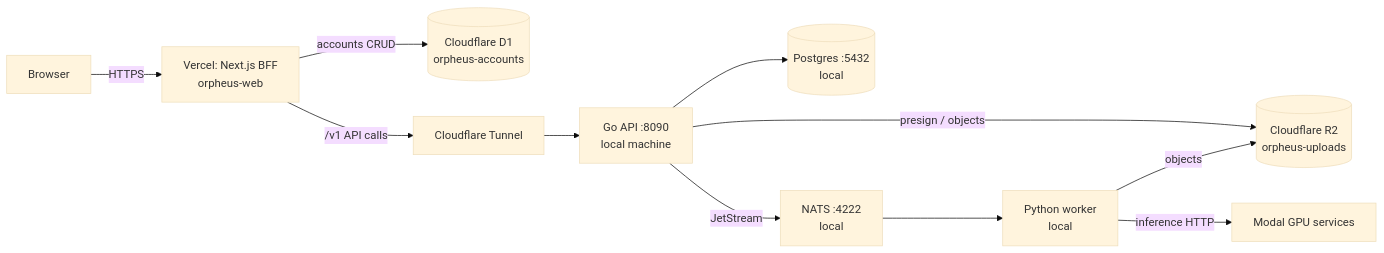
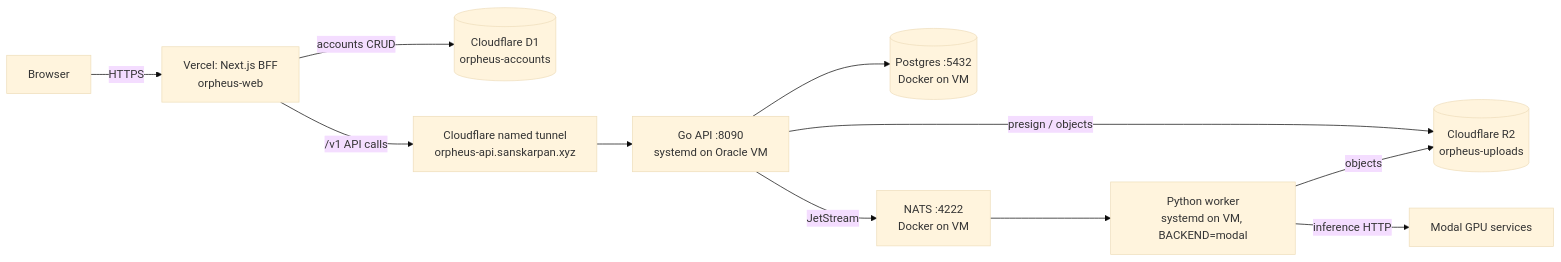
Before and after one commit to sanskarpan/orpheus: the diagram in docs/DEPLOYMENT-HANDOFF.md, drawn with Mermaid (base theme). The commit also changed other lines of this file, not shown here.

First line of the commit message:
docs: update DEPLOYMENT-HANDOFF to the permanent backend topology

````diff
--- a/docs/DEPLOYMENT-HANDOFF.md
+++ b/docs/DEPLOYMENT-HANDOFF.md
@@ -26,13 +27,13 @@
 ```mermaid
 flowchart LR
   Browser -->|HTTPS| Vercel[Vercel: Next.js BFF<br/>orpheus-web]
   Vercel -->|accounts CRUD| D1[(Cloudflare D1<br/>orpheus-accounts)]
-  Vercel -->|/v1 API calls| Tunnel[Cloudflare Tunnel]
-  Tunnel --> API[Go API :8090<br/>local machine]
-  API --> PG[(Postgres :5432<br/>local)]
+  Vercel -->|/v1 API calls| Tunnel[Cloudflare named tunnel<br/>orpheus-api.sanskarpan.xyz]
+  Tunnel --> API[Go API :8090<br/>systemd on Oracle VM]
+  API --> PG[(Postgres :5432<br/>Docker on VM)]
   API -->|presign / objects| R2[(Cloudflare R2<br/>orpheus-uploads)]
-  API -->|JetStream| NATS[NATS :4222<br/>local]
-  NATS --> Worker[Python worker<br/>local]
+  API -->|JetStream| NATS[NATS :4222<br/>Docker on VM]
+  NATS --> Worker[Python worker<br/>systemd on VM, BACKEND=modal]
   Worker -->|objects| R2
   Worker -->|inference HTTP| Modal[Modal GPU services]
 ```
````
